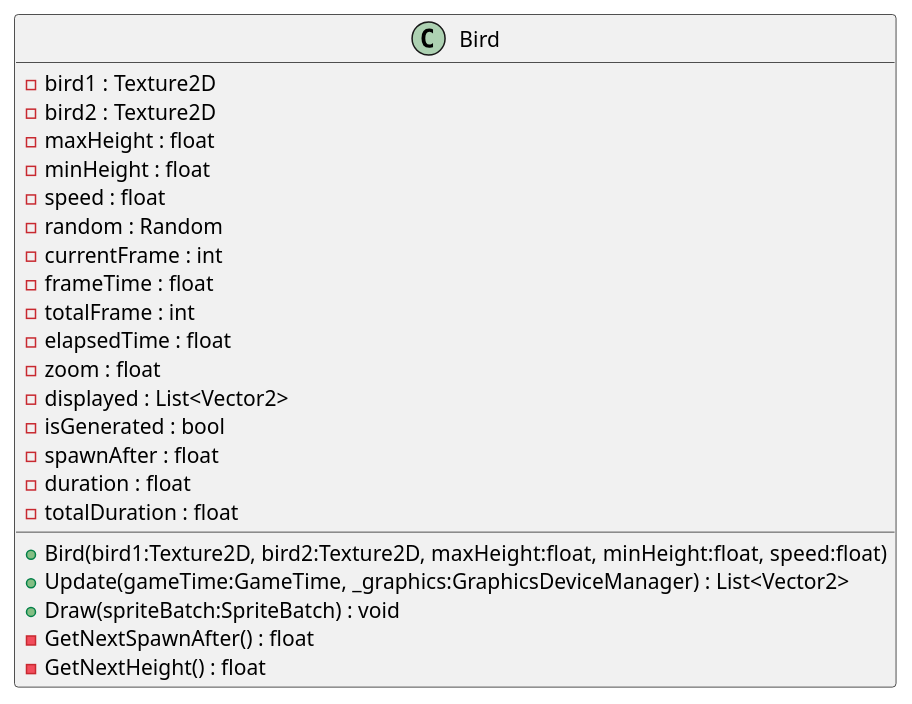
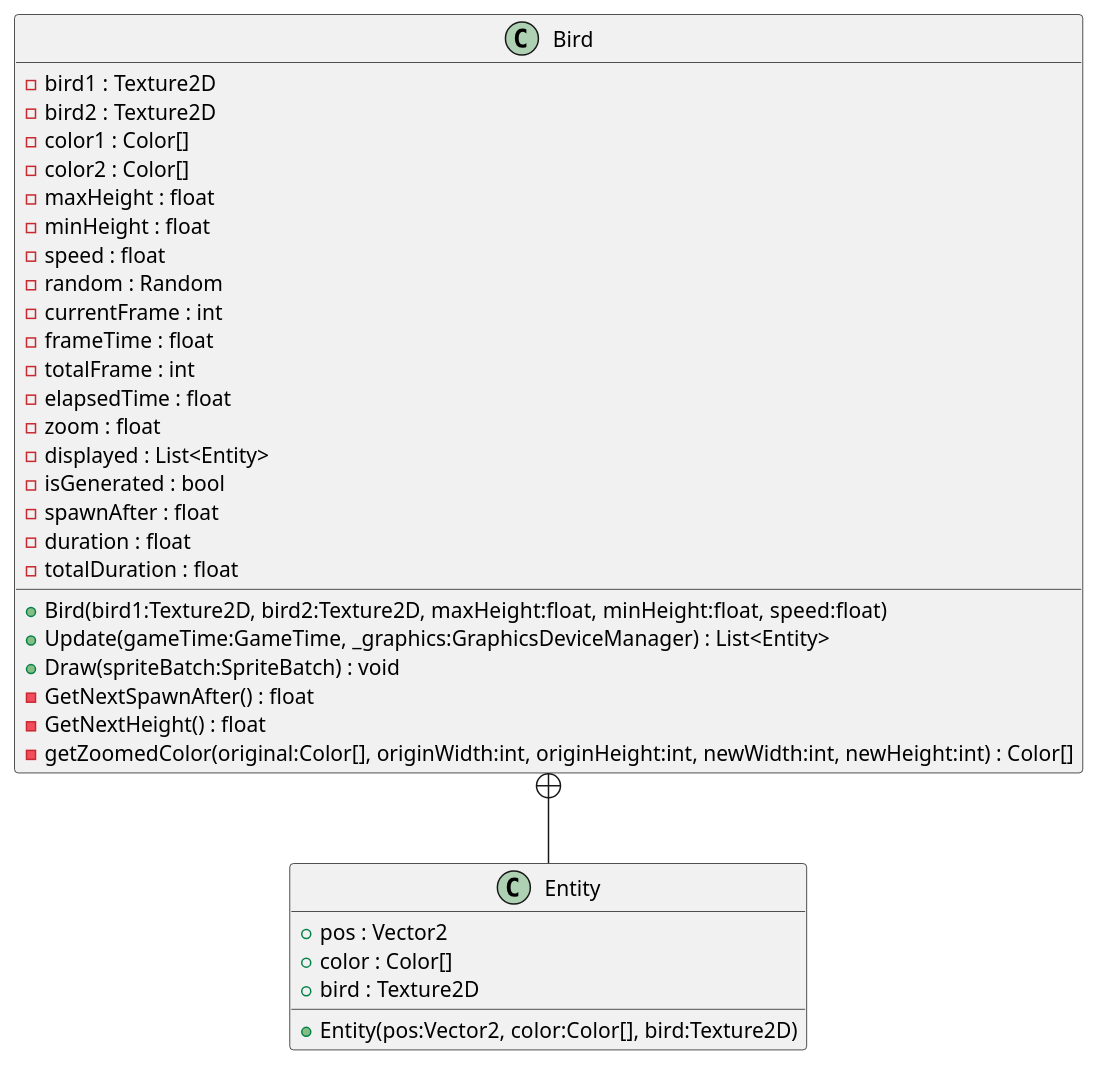
The diagram in UML/Bird.puml (Famich1ki/T-rax-game), drawn with PlantUML before and after one commit. The commit also changed 38 other files, not shown here.

Commit message:
Fixed some collision detection issues on pixel-level detection. Fixed some score recording issues. Adjusting the ground height on the screen. Adding game over frame.

```diff
--- a/UML/Bird.puml
+++ b/UML/Bird.puml
@@ -1,25 +1,35 @@
 @startuml
 class Bird {
     - bird1 : Texture2D
     - bird2 : Texture2D
+    - color1 : Color[]
+    - color2 : Color[]
     - maxHeight : float
     - minHeight : float
     - speed : float
     - random : Random
     - currentFrame : int
     - frameTime : float
     - totalFrame : int
     - elapsedTime : float
     - zoom : float
-    - displayed : List<Vector2>
+    - displayed : List<Entity>
     - isGenerated : bool
     - spawnAfter : float
     - duration : float
     - totalDuration : float
     + Bird(bird1:Texture2D, bird2:Texture2D, maxHeight:float, minHeight:float, speed:float)
-    + Update(gameTime:GameTime, _graphics:GraphicsDeviceManager) : List<Vector2>
+    + Update(gameTime:GameTime, _graphics:GraphicsDeviceManager) : List<Entity>
     + Draw(spriteBatch:SpriteBatch) : void
     - GetNextSpawnAfter() : float
     - GetNextHeight() : float
+    - getZoomedColor(original:Color[], originWidth:int, originHeight:int, newWidth:int, newHeight:int) : Color[]
 }
+class Entity {
+    + pos : Vector2
+    + color : Color[]
+    + bird : Texture2D
+    + Entity(pos:Vector2, color:Color[], bird:Texture2D)
+}
+Bird +-- Entity
 @enduml
```
